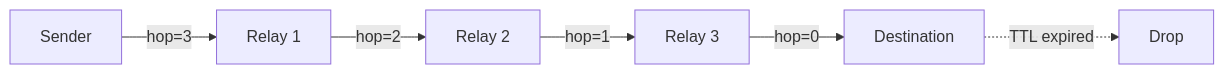
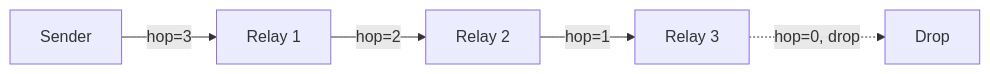
The diagram in Docs/docs/guide/routing.md (NellowTCS/Mesh-NOW), drawn with Mermaid before and after one commit. The commit also changed 12 other files, not shown here.

````diff
--- a/Docs/docs/guide/routing.md
+++ b/Docs/docs/guide/routing.md
@@ -40,8 +40,7 @@
 ```mermaid
 flowchart LR
     S[Sender] -->|hop=3| R1[Relay 1]
     R1 -->|hop=2| R2[Relay 2]
     R2 -->|hop=1| R3[Relay 3]
-    R3 -->|hop=0| D[Destination]
-    D -.->|TTL expired| X[Drop]
+    R3 -.->|hop=0, drop| X[Drop]
 ```
````
